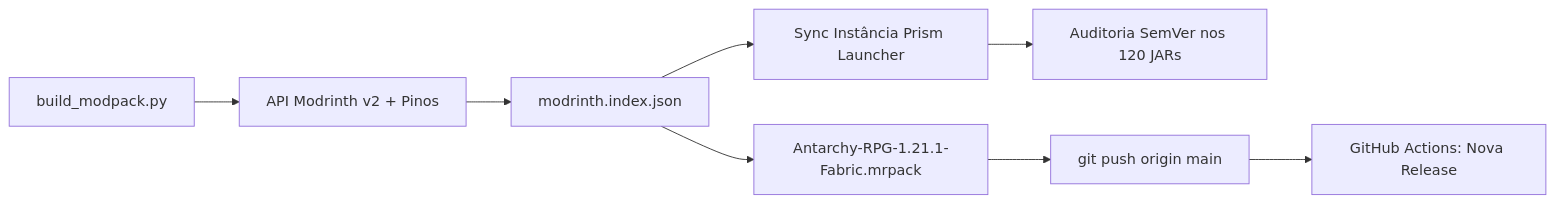
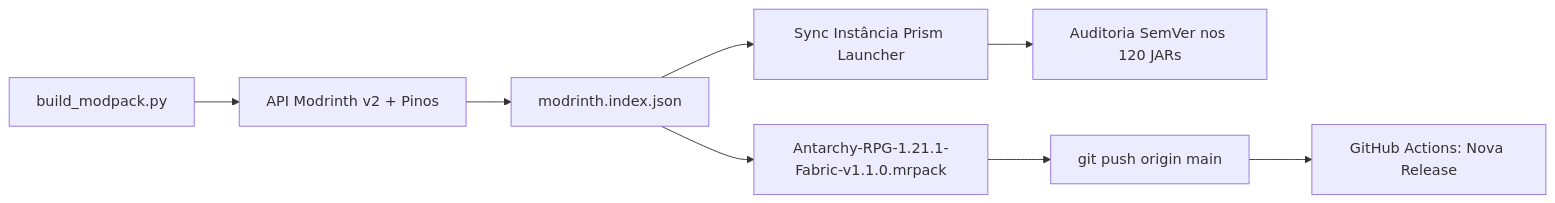
One commit to hannskotaro/modpack-antarchy-hannskotaro changed the diagram in vault/03-Pipeline-e-CI-CD.md. Above: the diagram before and after it, drawn with Mermaid. The commit also changed other lines of this file and 7 other files, not shown here.

Commit message:
chore(release): include version in .mrpack filename (Antarchy-RPG-1.21.1-Fabric-v1.1.0.mrpack)

````diff
--- a/vault/03-Pipeline-e-CI-CD.md
+++ b/vault/03-Pipeline-e-CI-CD.md
@@ -13,10 +13,10 @@
 ```mermaid
 flowchart LR
     A["build_modpack.py"] --> B["API Modrinth v2 + Pinos"]
     B --> C["modrinth.index.json"]
-    C --> D["Antarchy-RPG-1.21.1-Fabric.mrpack"]
+    C --> D["Antarchy-RPG-1.21.1-Fabric-v1.1.0.mrpack"]
     C --> E["Sync Instância Prism Launcher"]
     E --> F["Auditoria SemVer nos 120 JARs"]
     D --> G["git push origin main"]
     G --> H["GitHub Actions: Nova Release"]
 ```
````
